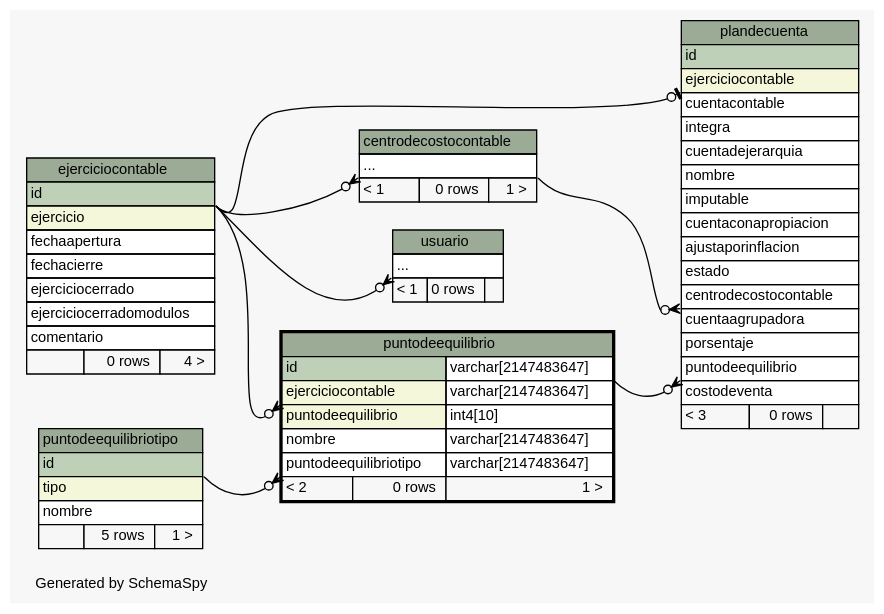
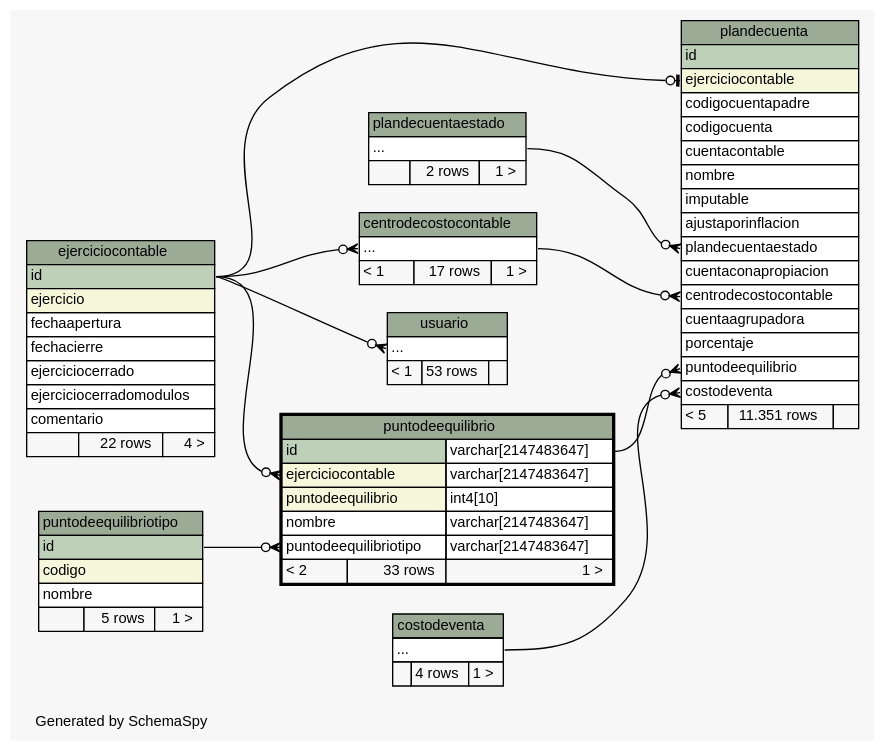
The diagram in sql/postgresql/schemaSpy/salida/diagrams/puntodeequilibrio.2degrees.dot (sebaalvarez/massoftware), drawn with Graphviz before and after one commit. The commit also changed 651 other files, not shown here.

```diff
--- a/sql/postgresql/schemaSpy/salida/diagrams/puntodeequilibrio.2degrees.dot
+++ b/sql/postgresql/schemaSpy/salida/diagrams/puntodeequilibrio.2degrees.dot
@@ -1,115 +1,137 @@
-// dot 2.2.1 on Windows 10 10.0
+// dot 2.38.0 on Windows 10 10.0
 // SchemaSpy rev 590
 digraph "twoDegreesRelationshipsDiagram" {
   graph [
     rankdir="RL"
     bgcolor="#f7f7f7"
     label="\nGenerated by SchemaSpy"
     labeljust="l"
     nodesep="0.18"
     ranksep="0.46"
     fontname="Helvetica"
     fontsize="11"
   ];
   node [
     fontname="Helvetica"
     fontsize="11"
     shape="plaintext"
   ];
   edge [
     arrowsize="0.8"
   ];
-  "centrodecostocontable":"elipses":sw -> "ejerciciocontable":"id":se [arrowhead=none dir=back arrowtail=crowodot];
-  "plandecuenta":"centrodecostocontable":sw -> "centrodecostocontable":"elipses":se [arrowhead=none dir=back arrowtail=crowodot];
-  "plandecuenta":"ejerciciocontable":sw -> "ejerciciocontable":"id":se [arrowhead=none dir=back arrowtail=teeodot];
-  "plandecuenta":"puntodeequilibrio":sw -> "puntodeequilibrio":"id.type":se [arrowhead=none dir=back arrowtail=crowodot];
-  "puntodeequilibrio":"ejerciciocontable":sw -> "ejerciciocontable":"id":se [arrowhead=none dir=back arrowtail=crowodot];
-  "puntodeequilibrio":"puntodeequilibriotipo":sw -> "puntodeequilibriotipo":"id":se [arrowhead=none dir=back arrowtail=crowodot];
-  "usuario":"elipses":sw -> "ejerciciocontable":"id":se [arrowhead=none dir=back arrowtail=crowodot];
+  "centrodecostocontable":"elipses":w -> "ejerciciocontable":"id":e [arrowhead=none dir=back arrowtail=crowodot];
+  "plandecuenta":"centrodecostocontable":w -> "centrodecostocontable":"elipses":e [arrowhead=none dir=back arrowtail=crowodot];
+  "plandecuenta":"costodeventa":w -> "costodeventa":"elipses":e [arrowhead=none dir=back arrowtail=crowodot];
+  "plandecuenta":"ejerciciocontable":w -> "ejerciciocontable":"id":e [arrowhead=none dir=back arrowtail=teeodot];
+  "plandecuenta":"plandecuentaestado":w -> "plandecuentaestado":"elipses":e [arrowhead=none dir=back arrowtail=crowodot];
+  "plandecuenta":"puntodeequilibrio":w -> "puntodeequilibrio":"id.type":e [arrowhead=none dir=back arrowtail=crowodot];
+  "puntodeequilibrio":"ejerciciocontable":w -> "ejerciciocontable":"id":e [arrowhead=none dir=back arrowtail=crowodot];
+  "puntodeequilibrio":"puntodeequilibriotipo":w -> "puntodeequilibriotipo":"id":e [arrowhead=none dir=back arrowtail=crowodot];
+  "usuario":"elipses":w -> "ejerciciocontable":"id":e [arrowhead=none dir=back arrowtail=crowodot];
   "centrodecostocontable" [
     label=<
     <TABLE BORDER="0" CELLBORDER="1" CELLSPACING="0" BGCOLOR="#ffffff">
       <TR><TD COLSPAN="3" BGCOLOR="#9bab96" ALIGN="CENTER">centrodecostocontable</TD></TR>
       <TR><TD PORT="elipses" COLSPAN="3" ALIGN="LEFT">...</TD></TR>
-      <TR><TD ALIGN="LEFT" BGCOLOR="#f7f7f7">&lt; 1</TD><TD ALIGN="RIGHT" BGCOLOR="#f7f7f7">0 rows</TD><TD ALIGN="RIGHT" BGCOLOR="#f7f7f7">1 &gt;</TD></TR>
+      <TR><TD ALIGN="LEFT" BGCOLOR="#f7f7f7">&lt; 1</TD><TD ALIGN="RIGHT" BGCOLOR="#f7f7f7">17 rows</TD><TD ALIGN="RIGHT" BGCOLOR="#f7f7f7">1 &gt;</TD></TR>
     </TABLE>>
     URL="centrodecostocontable.html"
     tooltip="centrodecostocontable"
+  ];
+  "costodeventa" [
+    label=<
+    <TABLE BORDER="0" CELLBORDER="1" CELLSPACING="0" BGCOLOR="#ffffff">
+      <TR><TD COLSPAN="3" BGCOLOR="#9bab96" ALIGN="CENTER">costodeventa</TD></TR>
+      <TR><TD PORT="elipses" COLSPAN="3" ALIGN="LEFT">...</TD></TR>
+      <TR><TD ALIGN="LEFT" BGCOLOR="#f7f7f7">  </TD><TD ALIGN="RIGHT" BGCOLOR="#f7f7f7">4 rows</TD><TD ALIGN="RIGHT" BGCOLOR="#f7f7f7">1 &gt;</TD></TR>
+    </TABLE>>
+    URL="costodeventa.html"
+    tooltip="costodeventa"
   ];
   "ejerciciocontable" [
     label=<
     <TABLE BORDER="0" CELLBORDER="1" CELLSPACING="0" BGCOLOR="#ffffff">
       <TR><TD COLSPAN="3" BGCOLOR="#9bab96" ALIGN="CENTER">ejerciciocontable</TD></TR>
       <TR><TD PORT="id" COLSPAN="3" BGCOLOR="#bed1b8" ALIGN="LEFT">id</TD></TR>
       <TR><TD PORT="ejercicio" COLSPAN="3" BGCOLOR="#f4f7da" ALIGN="LEFT">ejercicio</TD></TR>
       <TR><TD PORT="fechaapertura" COLSPAN="3" ALIGN="LEFT">fechaapertura</TD></TR>
       <TR><TD PORT="fechacierre" COLSPAN="3" ALIGN="LEFT">fechacierre</TD></TR>
       <TR><TD PORT="ejerciciocerrado" COLSPAN="3" ALIGN="LEFT">ejerciciocerrado</TD></TR>
       <TR><TD PORT="ejerciciocerradomodulos" COLSPAN="3" ALIGN="LEFT">ejerciciocerradomodulos</TD></TR>
       <TR><TD PORT="comentario" COLSPAN="3" ALIGN="LEFT">comentario</TD></TR>
-      <TR><TD ALIGN="LEFT" BGCOLOR="#f7f7f7">  </TD><TD ALIGN="RIGHT" BGCOLOR="#f7f7f7">0 rows</TD><TD ALIGN="RIGHT" BGCOLOR="#f7f7f7">4 &gt;</TD></TR>
+      <TR><TD ALIGN="LEFT" BGCOLOR="#f7f7f7">  </TD><TD ALIGN="RIGHT" BGCOLOR="#f7f7f7">22 rows</TD><TD ALIGN="RIGHT" BGCOLOR="#f7f7f7">4 &gt;</TD></TR>
     </TABLE>>
     URL="ejerciciocontable.html"
     tooltip="ejerciciocontable"
   ];
   "plandecuenta" [
     label=<
     <TABLE BORDER="0" CELLBORDER="1" CELLSPACING="0" BGCOLOR="#ffffff">
       <TR><TD COLSPAN="3" BGCOLOR="#9bab96" ALIGN="CENTER">plandecuenta</TD></TR>
       <TR><TD PORT="id" COLSPAN="3" BGCOLOR="#bed1b8" ALIGN="LEFT">id</TD></TR>
       <TR><TD PORT="ejerciciocontable" COLSPAN="3" BGCOLOR="#f4f7da" ALIGN="LEFT">ejerciciocontable</TD></TR>
+      <TR><TD PORT="codigocuentapadre" COLSPAN="3" ALIGN="LEFT">codigocuentapadre</TD></TR>
+      <TR><TD PORT="codigocuenta" COLSPAN="3" ALIGN="LEFT">codigocuenta</TD></TR>
       <TR><TD PORT="cuentacontable" COLSPAN="3" ALIGN="LEFT">cuentacontable</TD></TR>
-      <TR><TD PORT="integra" COLSPAN="3" ALIGN="LEFT">integra</TD></TR>
-      <TR><TD PORT="cuentadejerarquia" COLSPAN="3" ALIGN="LEFT">cuentadejerarquia</TD></TR>
       <TR><TD PORT="nombre" COLSPAN="3" ALIGN="LEFT">nombre</TD></TR>
       <TR><TD PORT="imputable" COLSPAN="3" ALIGN="LEFT">imputable</TD></TR>
+      <TR><TD PORT="ajustaporinflacion" COLSPAN="3" ALIGN="LEFT">ajustaporinflacion</TD></TR>
+      <TR><TD PORT="plandecuentaestado" COLSPAN="3" ALIGN="LEFT">plandecuentaestado</TD></TR>
       <TR><TD PORT="cuentaconapropiacion" COLSPAN="3" ALIGN="LEFT">cuentaconapropiacion</TD></TR>
-      <TR><TD PORT="ajustaporinflacion" COLSPAN="3" ALIGN="LEFT">ajustaporinflacion</TD></TR>
-      <TR><TD PORT="estado" COLSPAN="3" ALIGN="LEFT">estado</TD></TR>
       <TR><TD PORT="centrodecostocontable" COLSPAN="3" ALIGN="LEFT">centrodecostocontable</TD></TR>
       <TR><TD PORT="cuentaagrupadora" COLSPAN="3" ALIGN="LEFT">cuentaagrupadora</TD></TR>
-      <TR><TD PORT="porsentaje" COLSPAN="3" ALIGN="LEFT">porsentaje</TD></TR>
+      <TR><TD PORT="porcentaje" COLSPAN="3" ALIGN="LEFT">porcentaje</TD></TR>
       <TR><TD PORT="puntodeequilibrio" COLSPAN="3" ALIGN="LEFT">puntodeequilibrio</TD></TR>
       <TR><TD PORT="costodeventa" COLSPAN="3" ALIGN="LEFT">costodeventa</TD></TR>
-      <TR><TD ALIGN="LEFT" BGCOLOR="#f7f7f7">&lt; 3</TD><TD ALIGN="RIGHT" BGCOLOR="#f7f7f7">0 rows</TD><TD ALIGN="RIGHT" BGCOLOR="#f7f7f7">  </TD></TR>
+      <TR><TD ALIGN="LEFT" BGCOLOR="#f7f7f7">&lt; 5</TD><TD ALIGN="RIGHT" BGCOLOR="#f7f7f7">11.351 rows</TD><TD ALIGN="RIGHT" BGCOLOR="#f7f7f7">  </TD></TR>
     </TABLE>>
     URL="plandecuenta.html"
     tooltip="plandecuenta"
+  ];
+  "plandecuentaestado" [
+    label=<
+    <TABLE BORDER="0" CELLBORDER="1" CELLSPACING="0" BGCOLOR="#ffffff">
+      <TR><TD COLSPAN="3" BGCOLOR="#9bab96" ALIGN="CENTER">plandecuentaestado</TD></TR>
+      <TR><TD PORT="elipses" COLSPAN="3" ALIGN="LEFT">...</TD></TR>
+      <TR><TD ALIGN="LEFT" BGCOLOR="#f7f7f7">  </TD><TD ALIGN="RIGHT" BGCOLOR="#f7f7f7">2 rows</TD><TD ALIGN="RIGHT" BGCOLOR="#f7f7f7">1 &gt;</TD></TR>
+    </TABLE>>
+    URL="plandecuentaestado.html"
+    tooltip="plandecuentaestado"
   ];
   "puntodeequilibrio" [
     label=<
     <TABLE BORDER="2" CELLBORDER="1" CELLSPACING="0" BGCOLOR="#ffffff">
       <TR><TD COLSPAN="3" BGCOLOR="#9bab96" ALIGN="CENTER">puntodeequilibrio</TD></TR>
       <TR><TD PORT="id" COLSPAN="2" BGCOLOR="#bed1b8" ALIGN="LEFT">id</TD><TD PORT="id.type" ALIGN="LEFT">varchar[2147483647]</TD></TR>
       <TR><TD PORT="ejerciciocontable" COLSPAN="2" BGCOLOR="#f4f7da" ALIGN="LEFT">ejerciciocontable</TD><TD PORT="ejerciciocontable.type" ALIGN="LEFT">varchar[2147483647]</TD></TR>
       <TR><TD PORT="puntodeequilibrio" COLSPAN="2" BGCOLOR="#f4f7da" ALIGN="LEFT">puntodeequilibrio</TD><TD PORT="puntodeequilibrio.type" ALIGN="LEFT">int4[10]</TD></TR>
       <TR><TD PORT="nombre" COLSPAN="2" ALIGN="LEFT">nombre</TD><TD PORT="nombre.type" ALIGN="LEFT">varchar[2147483647]</TD></TR>
       <TR><TD PORT="puntodeequilibriotipo" COLSPAN="2" ALIGN="LEFT">puntodeequilibriotipo</TD><TD PORT="puntodeequilibriotipo.type" ALIGN="LEFT">varchar[2147483647]</TD></TR>
-      <TR><TD ALIGN="LEFT" BGCOLOR="#f7f7f7">&lt; 2</TD><TD ALIGN="RIGHT" BGCOLOR="#f7f7f7">0 rows</TD><TD ALIGN="RIGHT" BGCOLOR="#f7f7f7">1 &gt;</TD></TR>
+      <TR><TD ALIGN="LEFT" BGCOLOR="#f7f7f7">&lt; 2</TD><TD ALIGN="RIGHT" BGCOLOR="#f7f7f7">33 rows</TD><TD ALIGN="RIGHT" BGCOLOR="#f7f7f7">1 &gt;</TD></TR>
     </TABLE>>
     URL="puntodeequilibrio.html"
     tooltip="puntodeequilibrio"
   ];
   "puntodeequilibriotipo" [
     label=<
     <TABLE BORDER="0" CELLBORDER="1" CELLSPACING="0" BGCOLOR="#ffffff">
       <TR><TD COLSPAN="3" BGCOLOR="#9bab96" ALIGN="CENTER">puntodeequilibriotipo</TD></TR>
       <TR><TD PORT="id" COLSPAN="3" BGCOLOR="#bed1b8" ALIGN="LEFT">id</TD></TR>
-      <TR><TD PORT="tipo" COLSPAN="3" BGCOLOR="#f4f7da" ALIGN="LEFT">tipo</TD></TR>
+      <TR><TD PORT="codigo" COLSPAN="3" BGCOLOR="#f4f7da" ALIGN="LEFT">codigo</TD></TR>
       <TR><TD PORT="nombre" COLSPAN="3" ALIGN="LEFT">nombre</TD></TR>
       <TR><TD ALIGN="LEFT" BGCOLOR="#f7f7f7">  </TD><TD ALIGN="RIGHT" BGCOLOR="#f7f7f7">5 rows</TD><TD ALIGN="RIGHT" BGCOLOR="#f7f7f7">1 &gt;</TD></TR>
     </TABLE>>
     URL="puntodeequilibriotipo.html"
     tooltip="puntodeequilibriotipo"
   ];
   "usuario" [
     label=<
     <TABLE BORDER="0" CELLBORDER="1" CELLSPACING="0" BGCOLOR="#ffffff">
       <TR><TD COLSPAN="3" BGCOLOR="#9bab96" ALIGN="CENTER">usuario</TD></TR>
       <TR><TD PORT="elipses" COLSPAN="3" ALIGN="LEFT">...</TD></TR>
-      <TR><TD ALIGN="LEFT" BGCOLOR="#f7f7f7">&lt; 1</TD><TD ALIGN="RIGHT" BGCOLOR="#f7f7f7">0 rows</TD><TD ALIGN="RIGHT" BGCOLOR="#f7f7f7">  </TD></TR>
+      <TR><TD ALIGN="LEFT" BGCOLOR="#f7f7f7">&lt; 1</TD><TD ALIGN="RIGHT" BGCOLOR="#f7f7f7">53 rows</TD><TD ALIGN="RIGHT" BGCOLOR="#f7f7f7">  </TD></TR>
     </TABLE>>
     URL="usuario.html"
     tooltip="usuario"
   ];
 }
```
